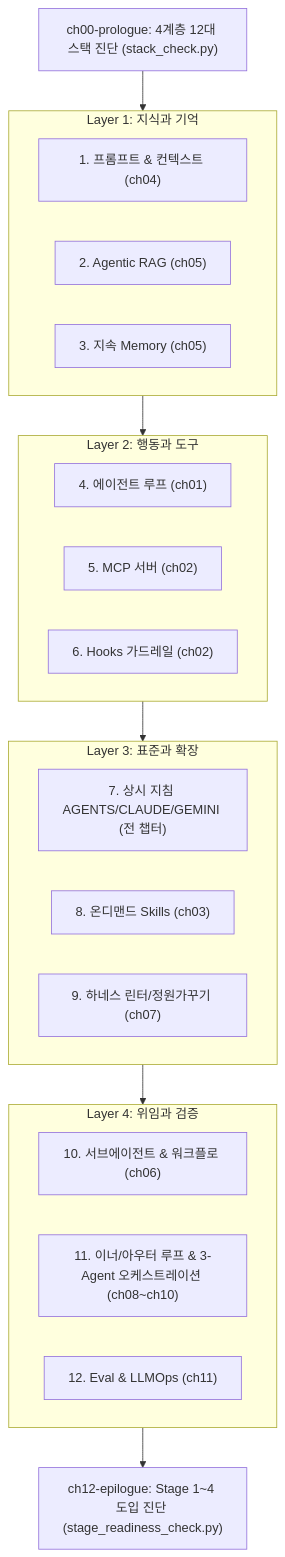
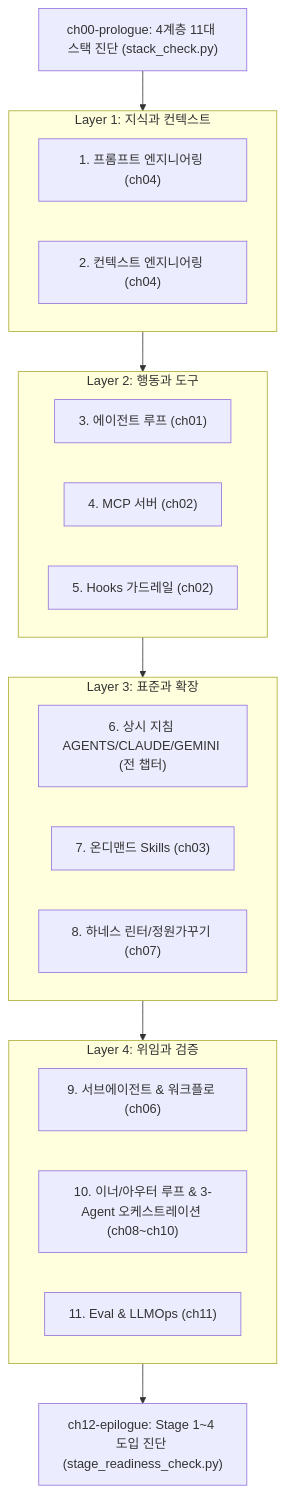
The diagram in README.md (yojulab/learn_Loop_engineering), drawn with Mermaid before and after one commit. The commit also changed other lines of this file and 41 other files, not shown here.

````diff
--- a/README.md
+++ b/README.md
@@ -26,27 +25,26 @@
 ```mermaid
 flowchart TB
-    L0["ch00-prologue: 4계층 12대 스택 진단 (stack_check.py)"]
-    subgraph L1["Layer 1: 지식과 기억"]
-        E1["1. 프롬프트 & 컨텍스트 (ch04)"]
-        E2["2. Agentic RAG (ch05)"]
-        E3["3. 지속 Memory (ch05)"]
+    L0["ch00-prologue: 4계층 11대 스택 진단 (stack_check.py)"]
+    subgraph L1["Layer 1: 지식과 컨텍스트"]
+        E1["1. 프롬프트 엔지니어링 (ch04)"]
+        E2["2. 컨텍스트 엔지니어링 (ch04)"]
     end
     subgraph L2["Layer 2: 행동과 도구"]
-        E4["4. 에이전트 루프 (ch01)"]
-        E5["5. MCP 서버 (ch02)"]
-        E6["6. Hooks 가드레일 (ch02)"]
+        E4["3. 에이전트 루프 (ch01)"]
+        E5["4. MCP 서버 (ch02)"]
+        E6["5. Hooks 가드레일 (ch02)"]
     end
     subgraph L3["Layer 3: 표준과 확장"]
-        E7["7. 상시 지침 AGENTS/CLAUDE/GEMINI (전 챕터)"]
-        E8["8. 온디맨드 Skills (ch03)"]
-        E9["9. 하네스 린터/정원가꾸기 (ch07)"]
+        E7["6. 상시 지침 AGENTS/CLAUDE/GEMINI (전 챕터)"]
+        E8["7. 온디맨드 Skills (ch03)"]
+        E9["8. 하네스 린터/정원가꾸기 (ch07)"]
     end
     subgraph L4["Layer 4: 위임과 검증"]
-        E10["10. 서브에이전트 & 워크플로 (ch06)"]
-        E11["11. 이너/아우터 루프 & 3-Agent 오케스트레이션 (ch08~ch10)"]
-        E12["12. Eval & LLMOps (ch11)"]
+        E10["9. 서브에이전트 & 워크플로 (ch06)"]
+        E11["10. 이너/아우터 루프 & 3-Agent 오케스트레이션 (ch08~ch10)"]
+        E12["11. Eval & LLMOps (ch11)"]
     end
     L12["ch12-epilogue: Stage 1~4 도입 진단 (stage_readiness_check.py)"]
 
     L0 --> L1 --> L2 --> L3 --> L4 --> L12
 ```
````
